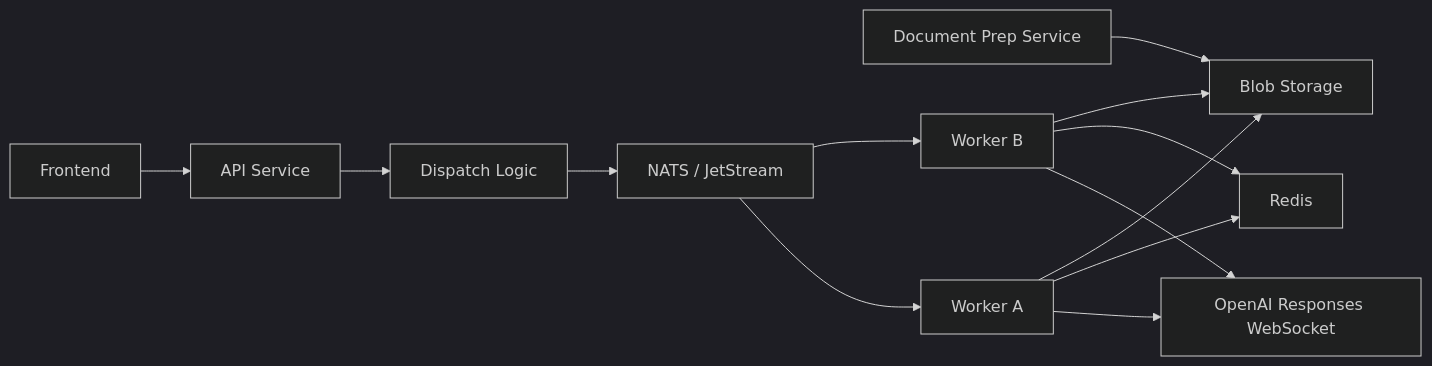
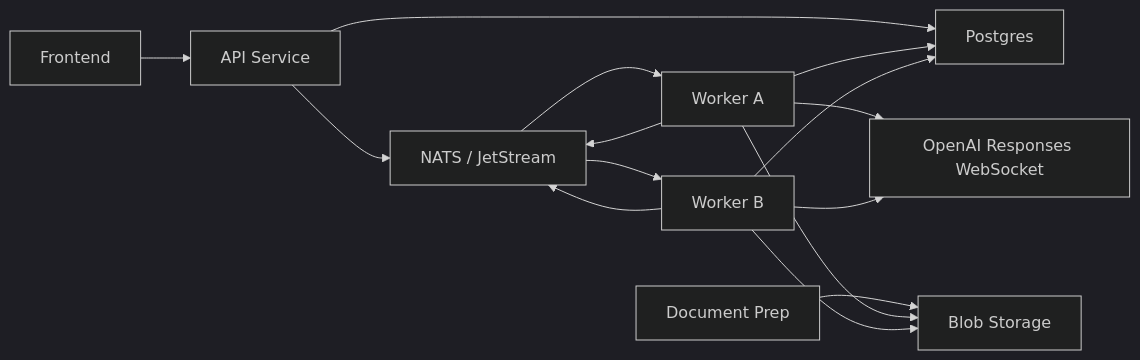
Before and after one commit to SamSam12121212/explorerpro: the diagram in docs/ARCHITECTURE.md, drawn with Mermaid (dark theme). The commit also changed other lines of this file and 43 other files, not shown here.

````diff
--- a/docs/ARCHITECTURE.md
+++ b/docs/ARCHITECTURE.md
@@ -43,15 +21,17 @@
 ```mermaid
 flowchart LR
     FE["Frontend"] --> API["API Service"]
-    DOC["Document Prep Service"] --> BLOB["Blob Storage"]
-    API --> DISP["Dispatch Logic"]
-    DISP --> NATS["NATS / JetStream"]
+    DOC["Document Prep"] --> BLOB["Blob Storage"]
+    API --> PG["Postgres"]
+    API --> NATS["NATS / JetStream"]
     NATS --> W1["Worker A"]
     NATS --> W2["Worker B"]
     W1 --> OAI["OpenAI Responses WebSocket"]
     W2 --> OAI
-    W1 --> REDIS["Redis"]
-    W2 --> REDIS
-    W1 --> BLOB["Blob Storage"]
+    W1 --> PG
+    W2 --> PG
+    W1 --> BLOB
     W2 --> BLOB
+    W1 --> NATS
+    W2 --> NATS
 ```
````
